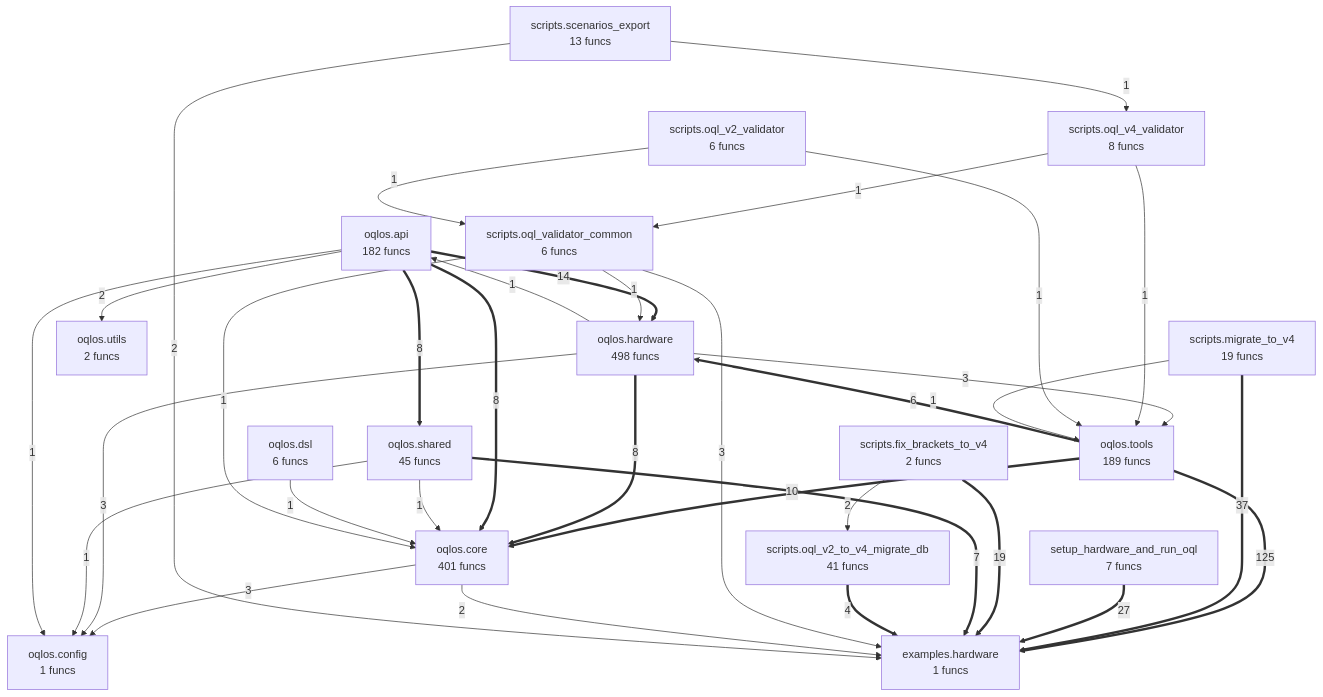
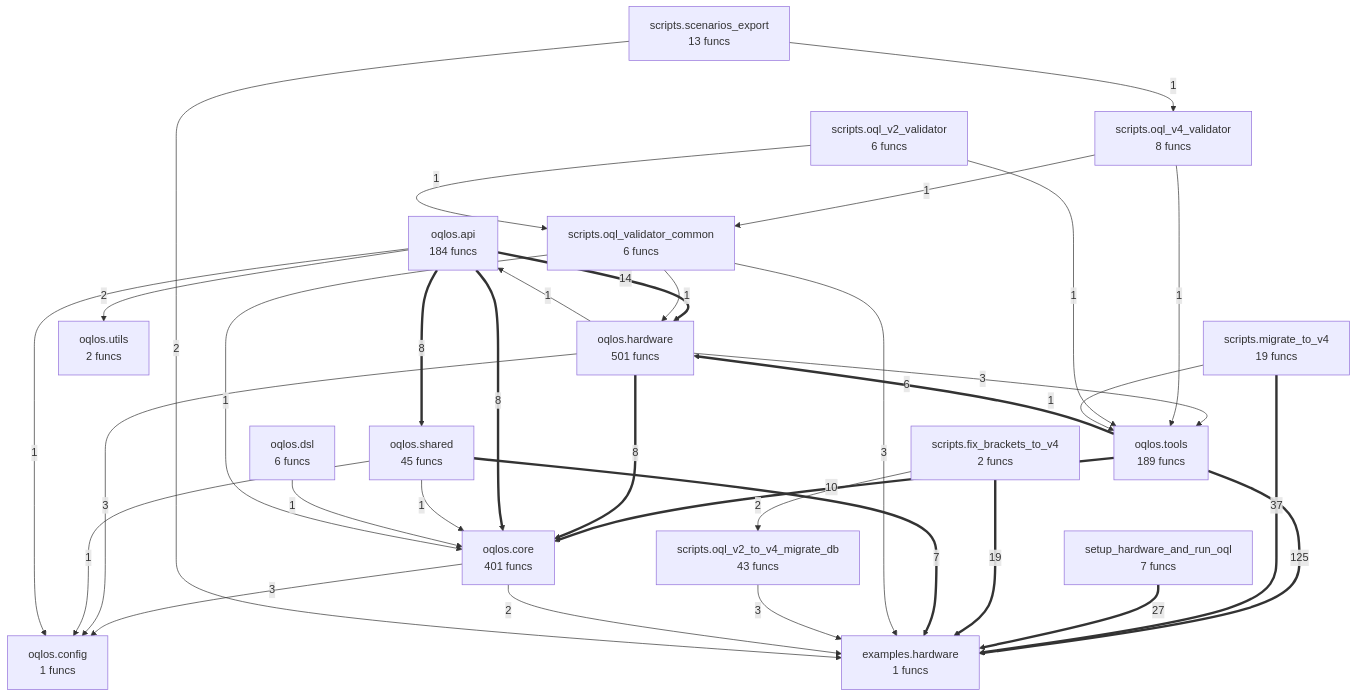
The diagram in project/compact_flow.mmd (oqlos/oqlos), drawn with Mermaid before and after one commit. The commit also changed 19 other files, not shown here.

```diff
--- a/project/compact_flow.mmd
+++ b/project/compact_flow.mmd
@@ -1,52 +1,52 @@
 flowchart TD
 %% generated in 0.03s
     examples__hardware["examples.hardware<br/>1 funcs"]
-    oqlos__api["oqlos.api<br/>182 funcs"]
+    oqlos__api["oqlos.api<br/>184 funcs"]
     oqlos__config["oqlos.config<br/>1 funcs"]
     oqlos__core["oqlos.core<br/>401 funcs"]
     oqlos__dsl["oqlos.dsl<br/>6 funcs"]
-    oqlos__hardware["oqlos.hardware<br/>498 funcs"]
+    oqlos__hardware["oqlos.hardware<br/>501 funcs"]
     oqlos__shared["oqlos.shared<br/>45 funcs"]
     oqlos__tools["oqlos.tools<br/>189 funcs"]
     oqlos__utils["oqlos.utils<br/>2 funcs"]
     scripts__fix_brackets_to_v4["scripts.fix_brackets_to_v4<br/>2 funcs"]
     scripts__migrate_to_v4["scripts.migrate_to_v4<br/>19 funcs"]
-    scripts__oql_v2_to_v4_migrate_db["scripts.oql_v2_to_v4_migrate_db<br/>41 funcs"]
+    scripts__oql_v2_to_v4_migrate_db["scripts.oql_v2_to_v4_migrate_db<br/>43 funcs"]
     scripts__oql_v2_validator["scripts.oql_v2_validator<br/>6 funcs"]
     scripts__oql_v4_validator["scripts.oql_v4_validator<br/>8 funcs"]
     scripts__oql_validator_common["scripts.oql_validator_common<br/>6 funcs"]
     scripts__scenarios_export["scripts.scenarios_export<br/>13 funcs"]
     setup_hardware_and_run_oql["setup_hardware_and_run_oql<br/>7 funcs"]
     oqlos__tools ==>|125| examples__hardware
     scripts__migrate_to_v4 ==>|37| examples__hardware
     setup_hardware_and_run_oql ==>|27| examples__hardware
     scripts__fix_brackets_to_v4 ==>|19| examples__hardware
     oqlos__api ==>|14| oqlos__hardware
     oqlos__tools ==>|10| oqlos__core
     oqlos__hardware ==>|8| oqlos__core
     oqlos__api ==>|8| oqlos__core
     oqlos__api ==>|8| oqlos__shared
     oqlos__shared ==>|7| examples__hardware
     oqlos__tools ==>|6| oqlos__hardware
-    scripts__oql_v2_to_v4_migrate_db ==>|4| examples__hardware
     oqlos__core -->|3| oqlos__config
     oqlos__hardware -->|3| oqlos__config
     oqlos__hardware -->|3| oqlos__tools
     scripts__oql_validator_common -->|3| examples__hardware
+    scripts__oql_v2_to_v4_migrate_db -->|3| examples__hardware
     oqlos__core -->|2| examples__hardware
     oqlos__api -->|2| oqlos__utils
     scripts__fix_brackets_to_v4 -->|2| scripts__oql_v2_to_v4_migrate_db
     scripts__scenarios_export -->|2| examples__hardware
     oqlos__hardware -->|1| oqlos__api
     oqlos__shared -->|1| oqlos__core
     oqlos__shared -->|1| oqlos__config
     oqlos__api -->|1| oqlos__config
     oqlos__dsl -->|1| oqlos__core
     scripts__oql_validator_common -->|1| oqlos__core
     scripts__oql_validator_common -->|1| oqlos__hardware
     scripts__oql_v4_validator -->|1| oqlos__tools
     scripts__oql_v4_validator -->|1| scripts__oql_validator_common
     scripts__oql_v2_validator -->|1| oqlos__tools
     scripts__oql_v2_validator -->|1| scripts__oql_validator_common
     scripts__migrate_to_v4 -->|1| oqlos__tools
     scripts__scenarios_export -->|1| scripts__oql_v4_validator
```
